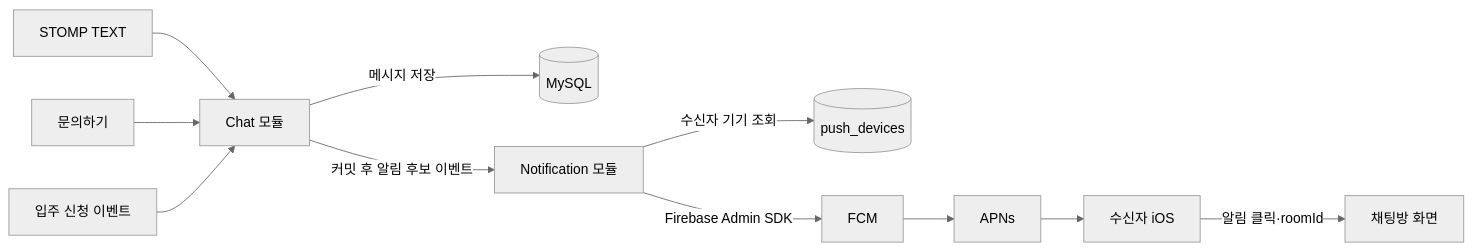
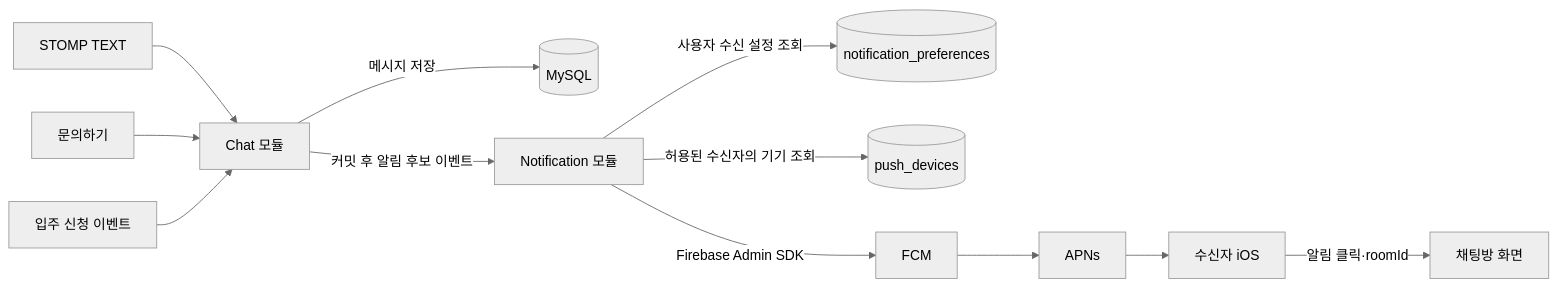
The diagram in docs/architecture/chat/future/06-chat-notifications.md (jameskim9509/Kohere-backend), drawn with Mermaid (neutral theme) before and after one commit. The commit also changed other lines of this file and 25 other files, not shown here.

````diff
--- a/docs/architecture/chat/future/06-chat-notifications.md
+++ b/docs/architecture/chat/future/06-chat-notifications.md
@@ -90,13 +97,14 @@
 ```mermaid
 flowchart LR
     TEXT[STOMP TEXT] --> CHAT[Chat 모듈]
     INQUIRY[문의하기] --> CHAT
     BOOKING[입주 신청 이벤트] --> CHAT
     CHAT -->|메시지 저장| DB[(MySQL)]
     CHAT -->|커밋 후 알림 후보 이벤트| NOTIFICATION[Notification 모듈]
-    NOTIFICATION -->|수신자 기기 조회| DEVICES[(push_devices)]
+    NOTIFICATION -->|사용자 수신 설정 조회| PREFS[(notification_preferences)]
+    NOTIFICATION -->|허용된 수신자의 기기 조회| DEVICES[(push_devices)]
     NOTIFICATION -->|Firebase Admin SDK| FCM[FCM]
     FCM --> APNS[APNs]
     APNS --> RECEIVER[수신자 iOS]
     RECEIVER -->|알림 클릭·roomId| ROOM[채팅방 화면]
 ```
````
